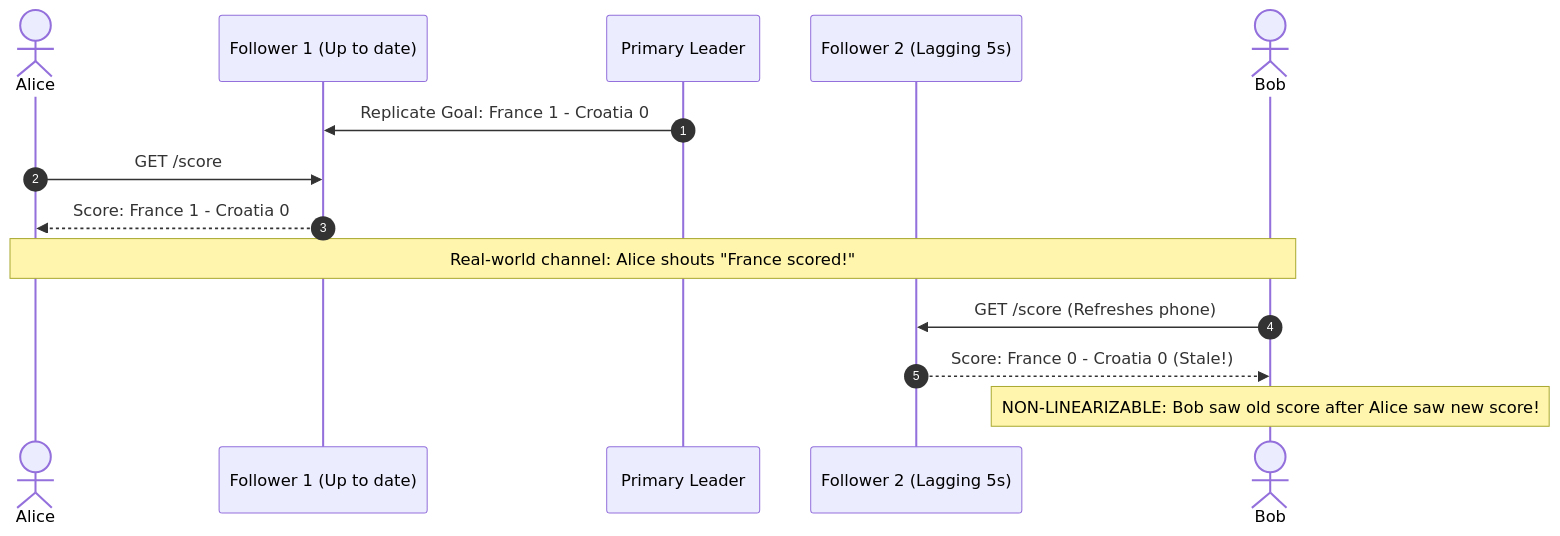
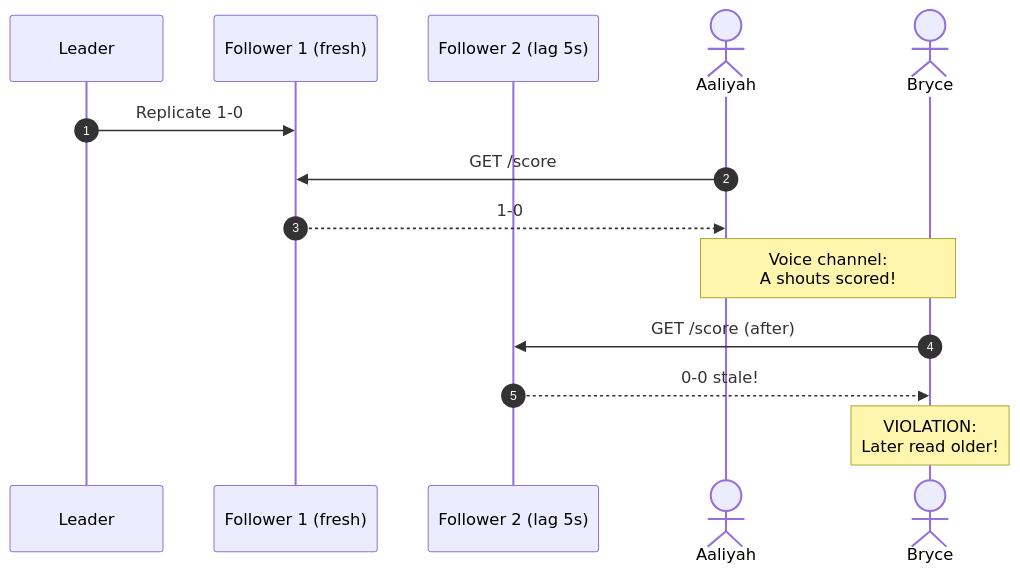
One commit to 1mimhe/books-summery changed the first of 10 diagrams in 01 Designing Data-Intensive Applications/chapter-10-consistency-and-consensus.md. Above: the diagram before and after it, drawn with Mermaid. The commit also changed other lines of this file and 2 other files, not shown here.

Commit message:
docs(book01): forensic rewrite ch08-10 (14 txn figs+XSSI, fig 9-5/Byzantine, IDs/UUID consensus)

````diff
--- a/01 Designing Data-Intensive Applications/chapter-10-consistency-and-consensus.md
+++ b/01 Designing Data-Intensive Applications/chapter-10-consistency-and-consensus.md
@@ -164,20 +177,16 @@
 ```mermaid
 sequenceDiagram
   autonumber
-  actor Alice as Alice
-  participant F1 as Follower 1 (Up to date)
-  participant Leader as Primary Leader
-  participant F2 as Follower 2 (Lagging 5s)
-  actor Bob as Bob
-
-  Leader->>F1: Replicate Goal: France 1 - Croatia 0
-  Alice->>F1: GET /score
-  F1-->>Alice: Score: France 1 - Croatia 0
-  
-  Note over Alice,Bob: Real-world channel: Alice shouts "France scored!"
-
-  Bob->>F2: GET /score (Refreshes phone)
-  F2-->>Bob: Score: France 0 - Croatia 0 (Stale!)
-  
-  Note over Bob: NON-LINEARIZABLE: Bob saw old score after Alice saw new score!
+  participant L as Leader
+  participant F1 as Follower 1 (fresh)
+  participant F2 as Follower 2 (lag 5s)
+  actor A as Aaliyah
+  actor B as Bryce
+  L->>F1: Replicate 1-0
+  A->>F1: GET /score
+  F1-->>A: 1-0
+  Note over A,B: Voice channel:<br/>A shouts scored!
+  B->>F2: GET /score (after)
+  F2-->>B: 0-0 stale!
+  Note over B: VIOLATION:<br/>Later read older!
 ```
````
